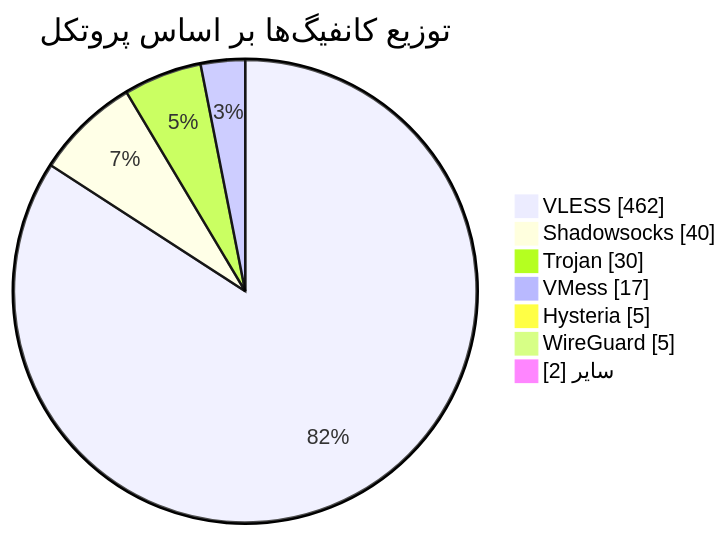
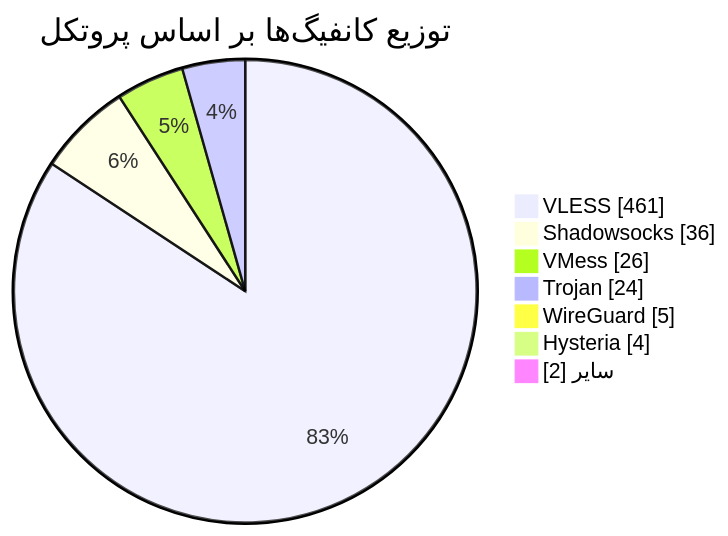
Before and after one commit to Arian-Alijani/Somthing: the diagram in README.md, drawn with Mermaid. The commit also changed other lines of this file and 85 other files, not shown here.

````diff
--- a/README.md
+++ b/README.md
@@ -49,11 +49,11 @@
 ```mermaid
 pie showData
     title توزیع کانفیگ‌ها بر اساس پروتکل
-    "VLESS" : 462
-    "Shadowsocks" : 40
-    "Trojan" : 30
-    "VMess" : 17
-    "Hysteria" : 5
+    "VLESS" : 461
+    "Shadowsocks" : 36
+    "VMess" : 26
+    "Trojan" : 24
     "WireGuard" : 5
+    "Hysteria" : 4
     "سایر" : 2
 ```
````
